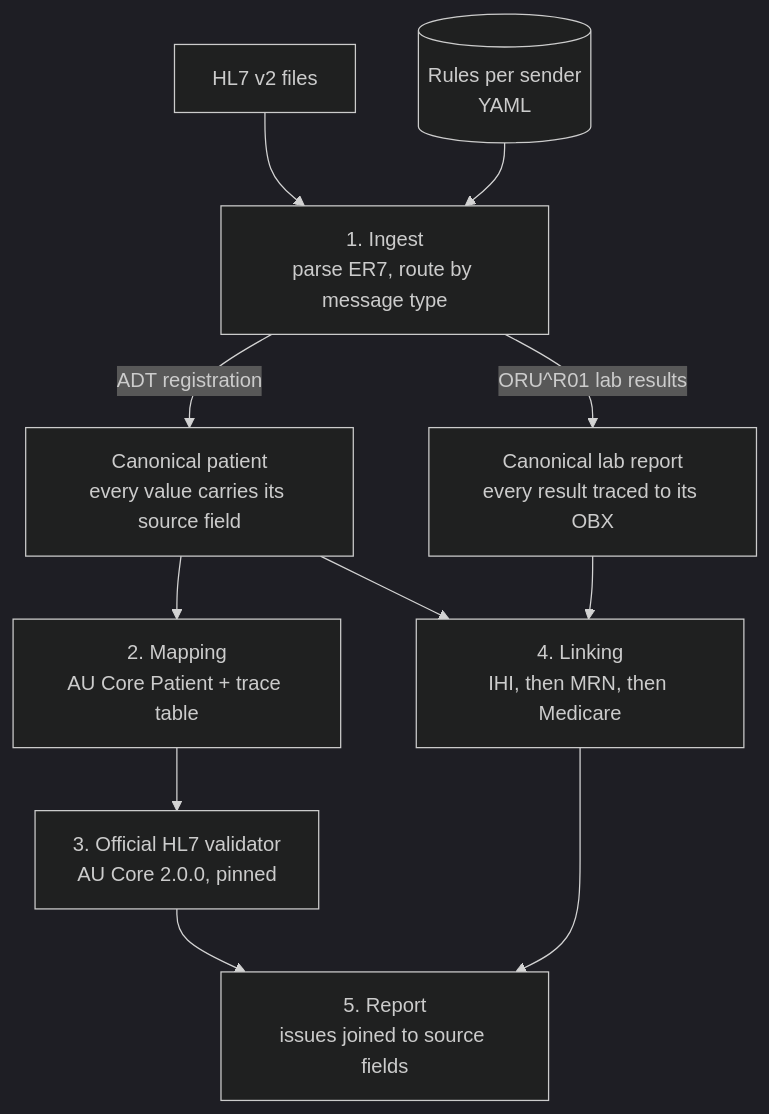
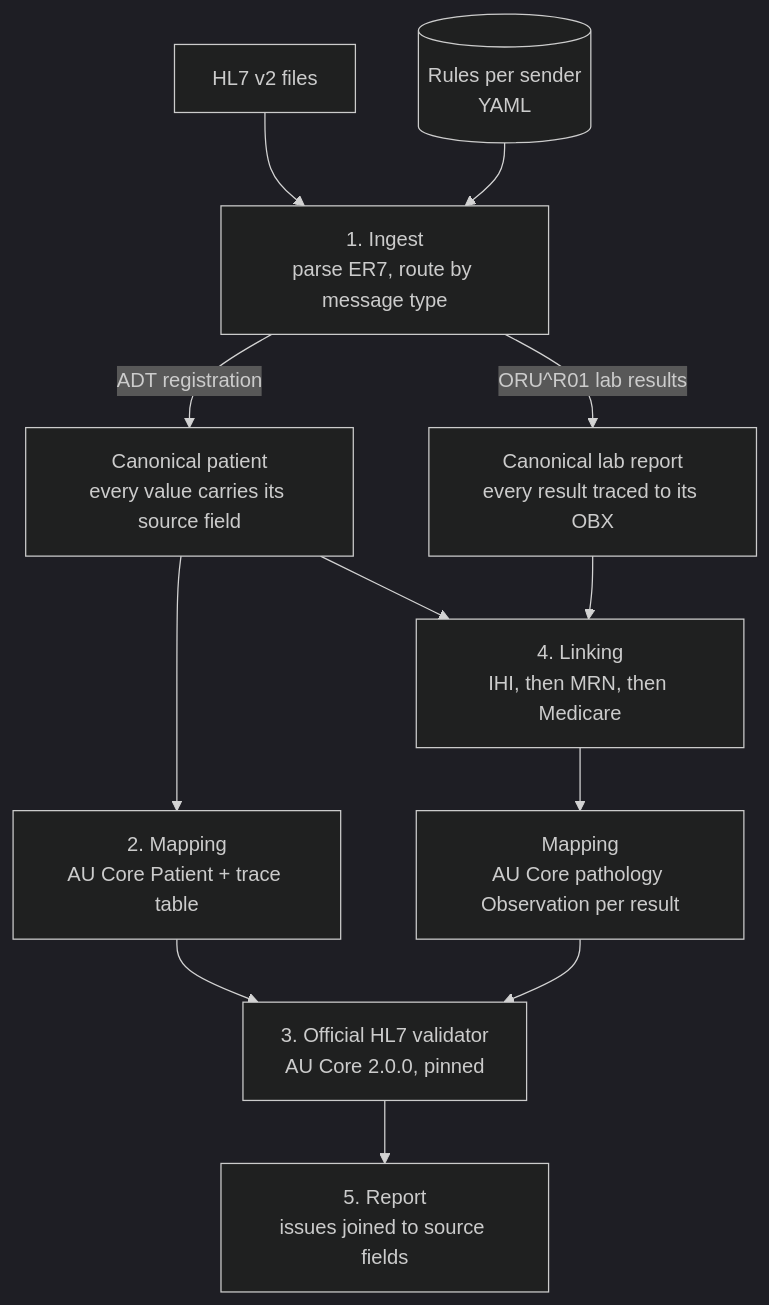
Before and after one commit to dylandchand/au-core-gateway: the diagram in README.md, drawn with Mermaid (dark theme). The commit also changed other lines of this file and 22 other files, not shown here.

First line of the commit message:
Phase 3: pathology results as AU Core Observations

````diff
--- a/README.md
+++ b/README.md
@@ -62,13 +64,14 @@
 ```mermaid
 flowchart TD
     A[HL7 v2 files] --> B[1. Ingest<br/>parse ER7, route by message type]
     R[(Rules per sender<br/>YAML)] --> B
     B -->|ADT registration| C[Canonical patient<br/>every value carries its source field]
     B -->|ORU^R01 lab results| L[Canonical lab report<br/>every result traced to its OBX]
     C --> D[2. Mapping<br/>AU Core Patient + trace table]
     D --> E[3. Official HL7 validator<br/>AU Core 2.0.0, pinned]
     L --> K[4. Linking<br/>IHI, then MRN, then Medicare]
     C --> K
+    K --> O[Mapping<br/>AU Core pathology Observation per result]
+    O --> E
     E --> F[5. Report<br/>issues joined to source fields]
-    K --> F
 ```
````
